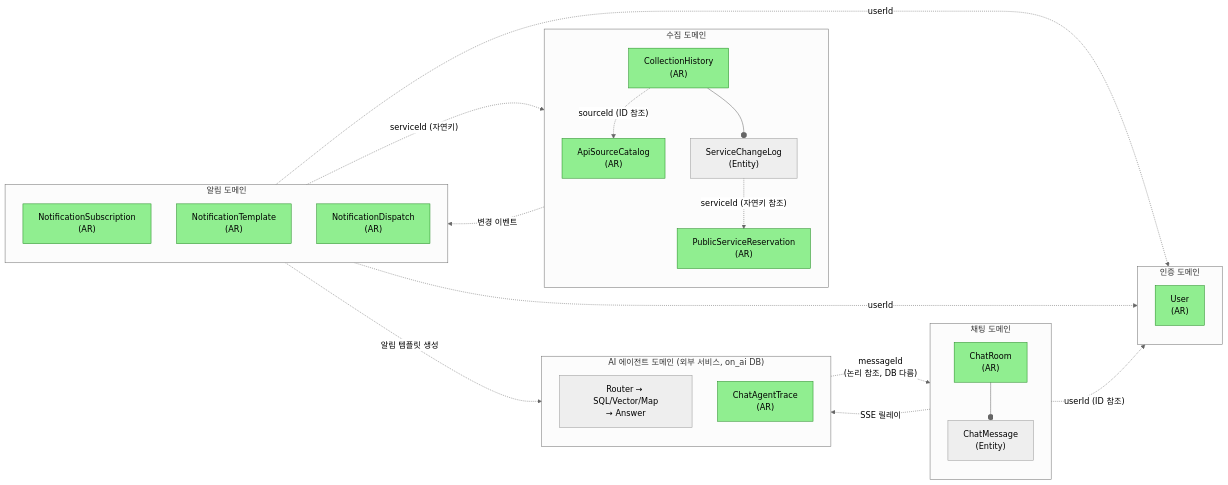
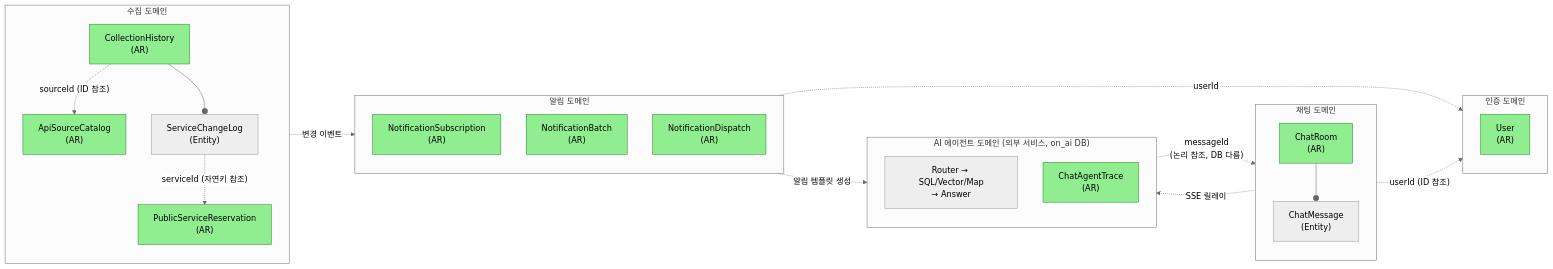
One commit to f-lab-edu/on-seoul changed the first of 8 diagrams in docs/domain-model.md. Above: the diagram before and after it, drawn with Mermaid (neutral theme). The commit also changed other lines of this file and 2 other files, not shown here.

````diff
--- a/docs/domain-model.md
+++ b/docs/domain-model.md
@@ -20,57 +20,55 @@
 ```mermaid
 graph LR
     subgraph AUTH["인증 도메인"]
         direction TB
         User["User\n(AR)"]
     end
 
     subgraph COLLECTION["수집 도메인"]
         direction TB
         ApiSourceCatalog["ApiSourceCatalog\n(AR)"]
         PublicServiceReservation["PublicServiceReservation\n(AR)"]
         CollectionHistory["CollectionHistory\n(AR)"]
         ServiceChangeLog["ServiceChangeLog\n(Entity)"]
         CollectionHistory --o ServiceChangeLog
     end
 
     subgraph CHAT["채팅 도메인"]
         direction TB
         ChatRoom["ChatRoom\n(AR)"]
         ChatMessage["ChatMessage\n(Entity)"]
         ChatRoom --o ChatMessage
     end
 
     subgraph NOTIFICATION["알림 도메인"]
         direction TB
         NotificationSubscription["NotificationSubscription\n(AR)"]
-        NotificationTemplate["NotificationTemplate\n(AR)"]
+        NotificationBatch["NotificationBatch\n(AR)"]
         NotificationDispatch["NotificationDispatch\n(AR)"]
     end
 
     subgraph AI["AI 에이전트 도메인 (외부 서비스, on_ai DB)"]
         direction TB
         AgentWorkflow["Router → SQL/Vector/Map\n→ Answer"]
         ChatAgentTrace["ChatAgentTrace\n(AR)"]
     end
 
     ChatRoom -. "userId (ID 참조)" .-> User
     CollectionHistory -. "sourceId (ID 참조)" .-> ApiSourceCatalog
     ServiceChangeLog -. "serviceId (자연키 참조)" .-> PublicServiceReservation
     NotificationSubscription -. "userId" .-> User
-    NotificationDispatch -. "userId" .-> User
-    NotificationDispatch -. "serviceId (자연키)" .-> PublicServiceReservation
     COLLECTION -. "변경 이벤트" .-> NOTIFICATION
     NOTIFICATION -. "알림 템플릿 생성" .-> AI
     ChatAgentTrace -. "messageId\n(논리 참조, DB 다름)" .-> ChatMessage
     CHAT -. "SSE 릴레이" .-> AI
 
     style User fill:#90EE90,stroke:#228B22
     style ApiSourceCatalog fill:#90EE90,stroke:#228B22
     style PublicServiceReservation fill:#90EE90,stroke:#228B22
     style CollectionHistory fill:#90EE90,stroke:#228B22
     style ChatRoom fill:#90EE90,stroke:#228B22
     style NotificationSubscription fill:#90EE90,stroke:#228B22
-    style NotificationTemplate fill:#90EE90,stroke:#228B22
+    style NotificationBatch fill:#90EE90,stroke:#228B22
     style NotificationDispatch fill:#90EE90,stroke:#228B22
     style ChatAgentTrace fill:#90EE90,stroke:#228B22
 ```
````
